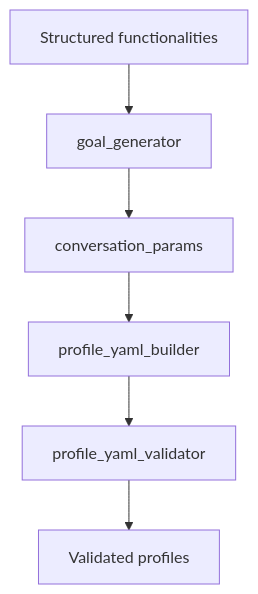
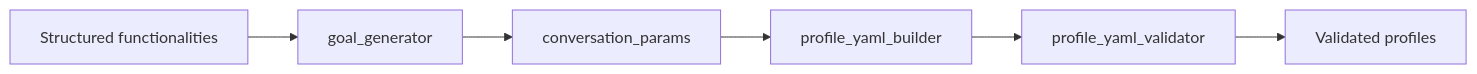
One commit to Chatbot-TRACER/TRACER changed the second of 4 diagrams in readme.md. Above: the diagram before and after it, drawn with Mermaid. The commit also changed other lines of this file, not shown here.

Commit message:
tweaked mermaid

````diff
--- a/readme.md
+++ b/readme.md
@@ -90,8 +87,8 @@
 ```mermaid
-flowchart TD
+flowchart LR
     A[Structured functionalities] --> B[goal_generator]
     B --> C[conversation_params]
     C --> D[profile_yaml_builder]
     D --> E[profile_yaml_validator]
     E --> F[Validated profiles]
 ```
````
